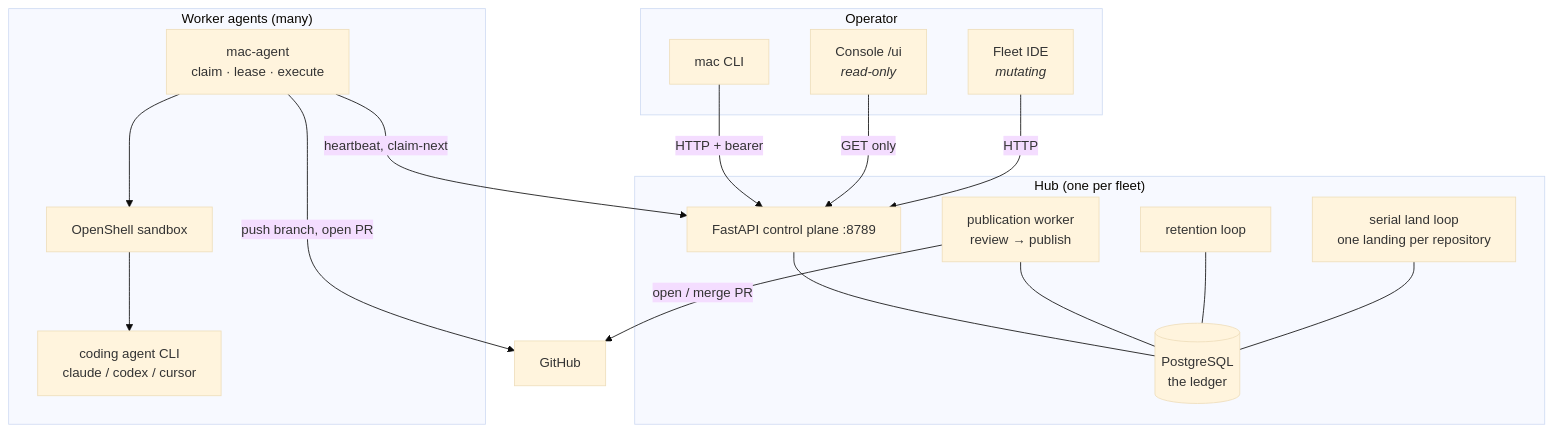
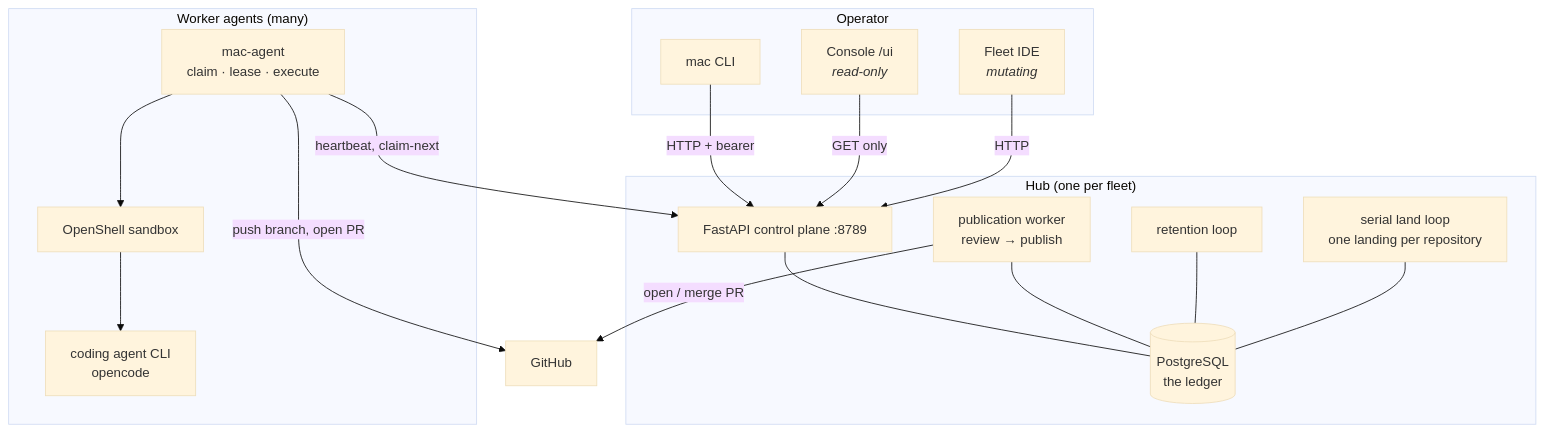
Before and after one commit to jordanhubbard/mac: the first of 5 diagrams in docs/guide/01-architecture.md, drawn with Mermaid (base theme). The commit also changed other lines of this file and 42 other files, not shown here.

````diff
--- a/docs/guide/01-architecture.md
+++ b/docs/guide/01-architecture.md
@@ -15,36 +15,36 @@
 ```mermaid
 graph TB
     subgraph Operator
         CLI["mac CLI"]
         UI["Console /ui<br/><i>read-only</i>"]
         IDE["Fleet IDE<br/><i>mutating</i>"]
     end
 
     subgraph Hub["Hub (one per fleet)"]
         API["FastAPI control plane :8789"]
         DB[("PostgreSQL<br/>the ledger")]
         SWEEP["publication worker<br/>review → publish"]
         RET["retention loop"]
         LAND["serial land loop<br/>one landing per repository"]
     end
 
     subgraph Workers["Worker agents (many)"]
         W1["mac-agent<br/>claim · lease · execute"]
         SB["OpenShell sandbox"]
-        CA["coding agent CLI<br/>claude / codex / cursor"]
+        CA["coding agent CLI<br/>opencode"]
     end
 
     FORGE["GitHub"]
 
     CLI -->|HTTP + bearer| API
     UI -->|GET only| API
     IDE -->|HTTP| API
     API --- DB
     SWEEP --- DB
     RET --- DB
     LAND --- DB
     W1 -->|heartbeat, claim-next| API
     W1 --> SB --> CA
     SWEEP -->|open / merge PR| FORGE
     W1 -->|push branch, open PR| FORGE
 ```
````
